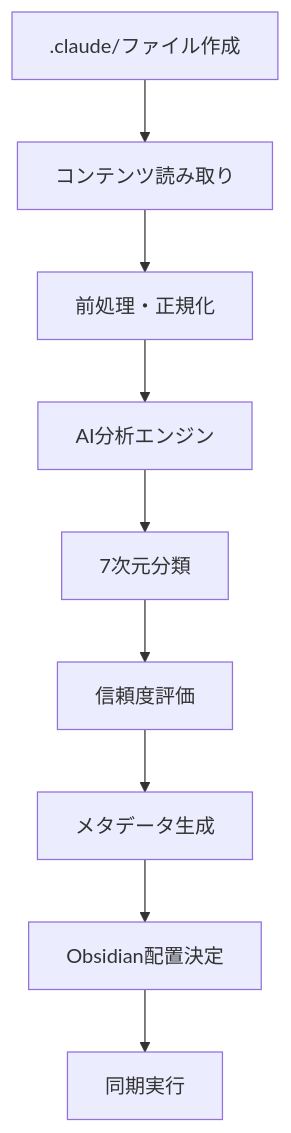
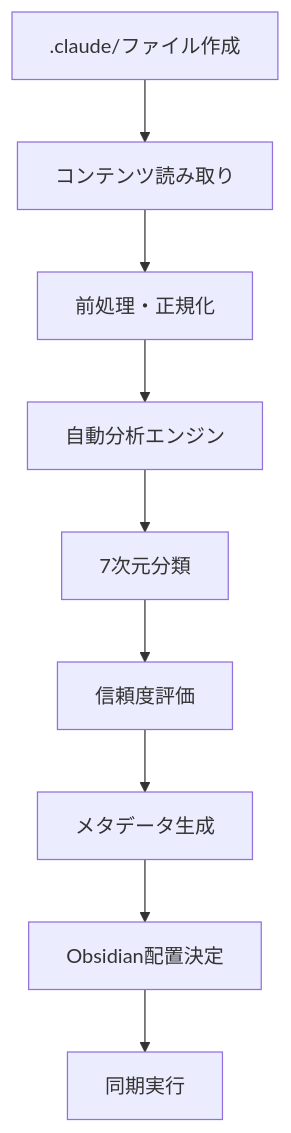
The second of 2 diagrams in docs/user-guide/tag-architecture.md (drillan/claude-knowledge-catalyst), drawn with Mermaid before and after one commit. The commit also changed other lines of this file and 19 other files, not shown here.

````diff
--- a/docs/user-guide/tag-architecture.md
+++ b/docs/user-guide/tag-architecture.md
@@ -177,11 +177,11 @@
 ```mermaid
 graph TB
     A[.claude/ファイル作成] --> B[コンテンツ読み取り]
     B --> C[前処理・正規化]
-    C --> D[AI分析エンジン]
+    C --> D[自動分析エンジン]
     D --> E[7次元分類]
     E --> F[信頼度評価]
     F --> G[メタデータ生成]
     G --> H[Obsidian配置決定]
     H --> I[同期実行]
 ```
````
